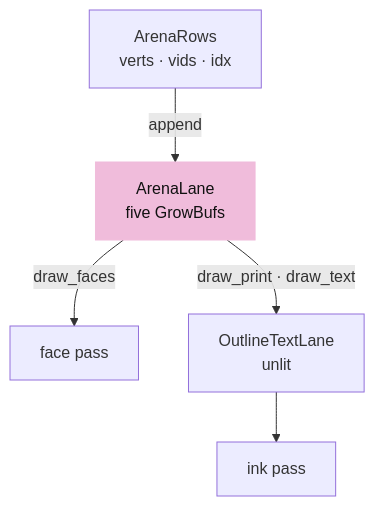
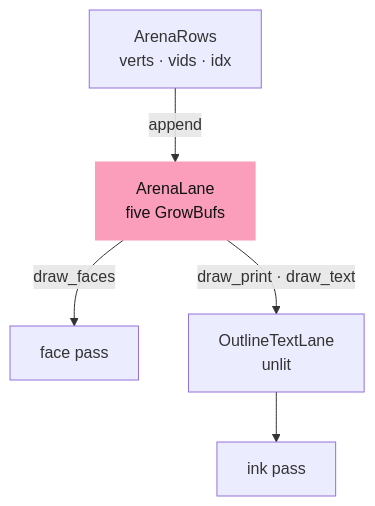
One commit to petrasvestartas/session changed the ninth of 11 diagrams in session_viewer/docs/04a-meshes.md. Above: the diagram before and after it, drawn with Mermaid. The commit also changed other lines of this file and 328 other files, not shown here.

First line of the commit message:
Course: the palette you sent, and mermaid drawn like the drawings

````diff
--- a/session_viewer/docs/04a-meshes.md
+++ b/session_viewer/docs/04a-meshes.md
@@ -431,8 +431,8 @@
 ```mermaid
 flowchart TB
     AR["ArenaRows<br/>verts · vids · idx"] -- "append" --> AL["ArenaLane<br/>five GrowBufs"]
     AL -- "draw_faces" --> FP["face pass"]
     AL -- "draw_print · draw_text" --> OL["OutlineTextLane<br/>unlit"]
     OL --> IP["ink pass"]
-    style AL fill:#f0bcdb,stroke:#f0bcdb,color:#111
+    style AL fill:#fa9ebc,stroke:#fa9ebc,color:#111
 ```
````
